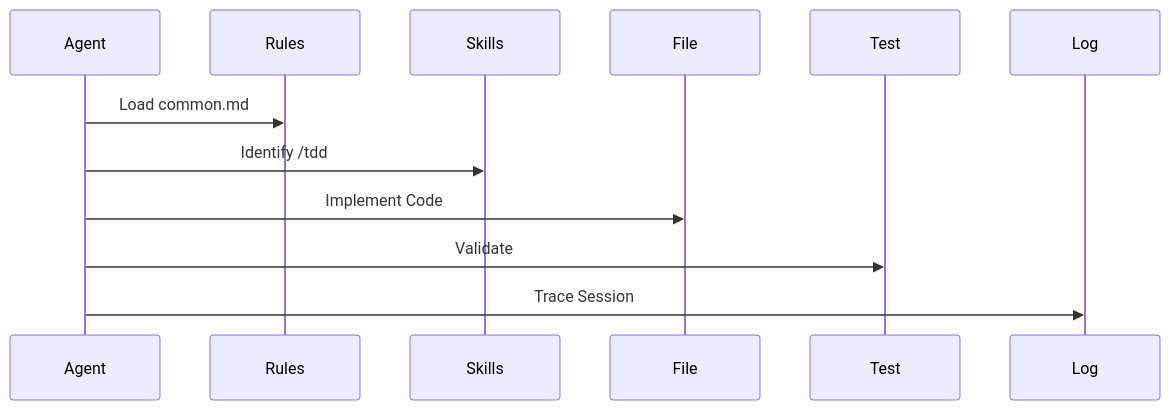
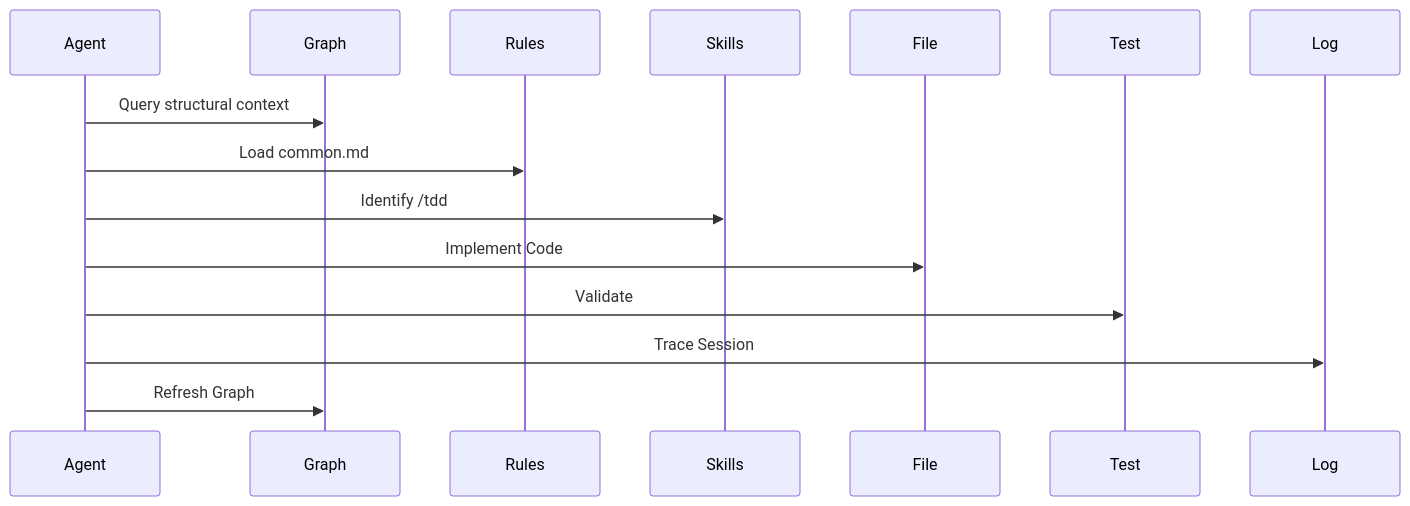
The second of 3 diagrams in AGENT.md (federicoferrulli/agents-antigravity), drawn with Mermaid before and after one commit. The commit also changed other lines of this file and 23 other files, not shown here.

Commit message:
feat: implement Antigravity project setup, knowledge graph integration, and standardized agent rule framework.

````diff
--- a/AGENT.md
+++ b/AGENT.md
@@ -67,8 +75,10 @@
 ```mermaid
 sequenceDiagram
+    Agent->>Graph: Query structural context
     Agent->>Rules: Load common.md
     Agent->>Skills: Identify /tdd
     Agent->>File: Implement Code
     Agent->>Test: Validate
     Agent->>Log: Trace Session
+    Agent->>Graph: Refresh Graph
 ```
````
